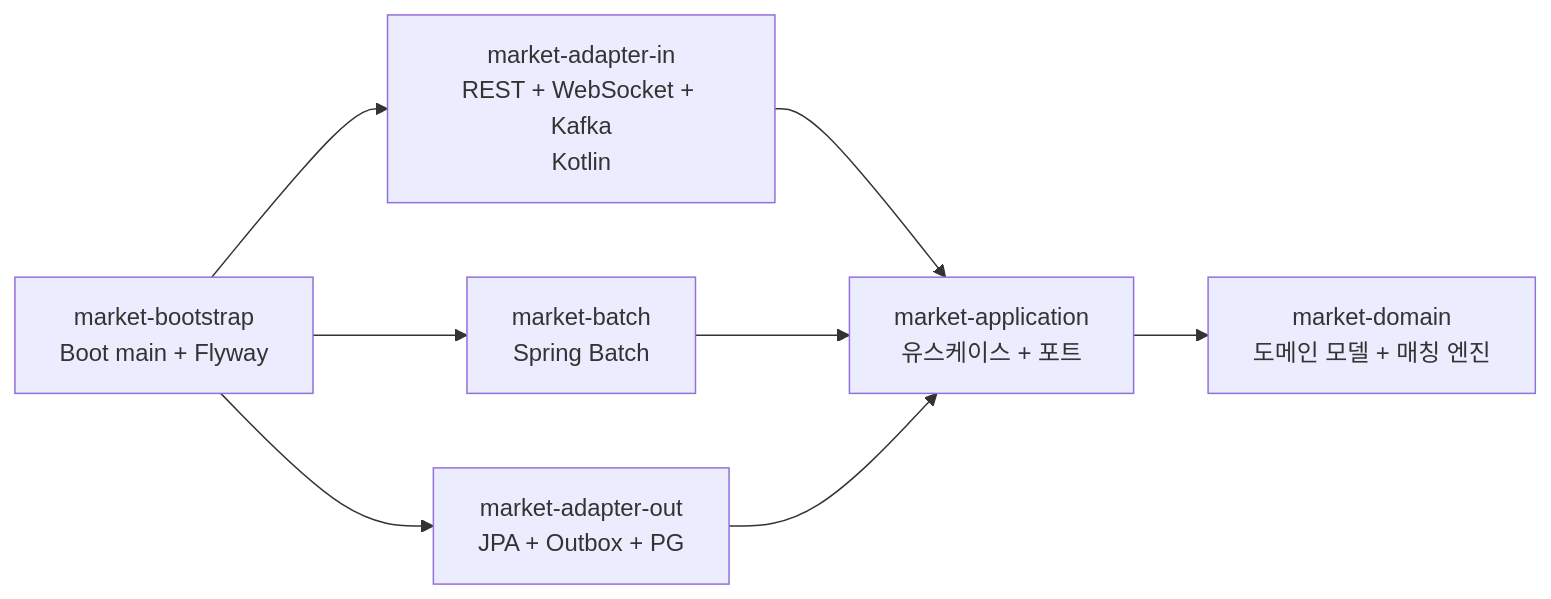
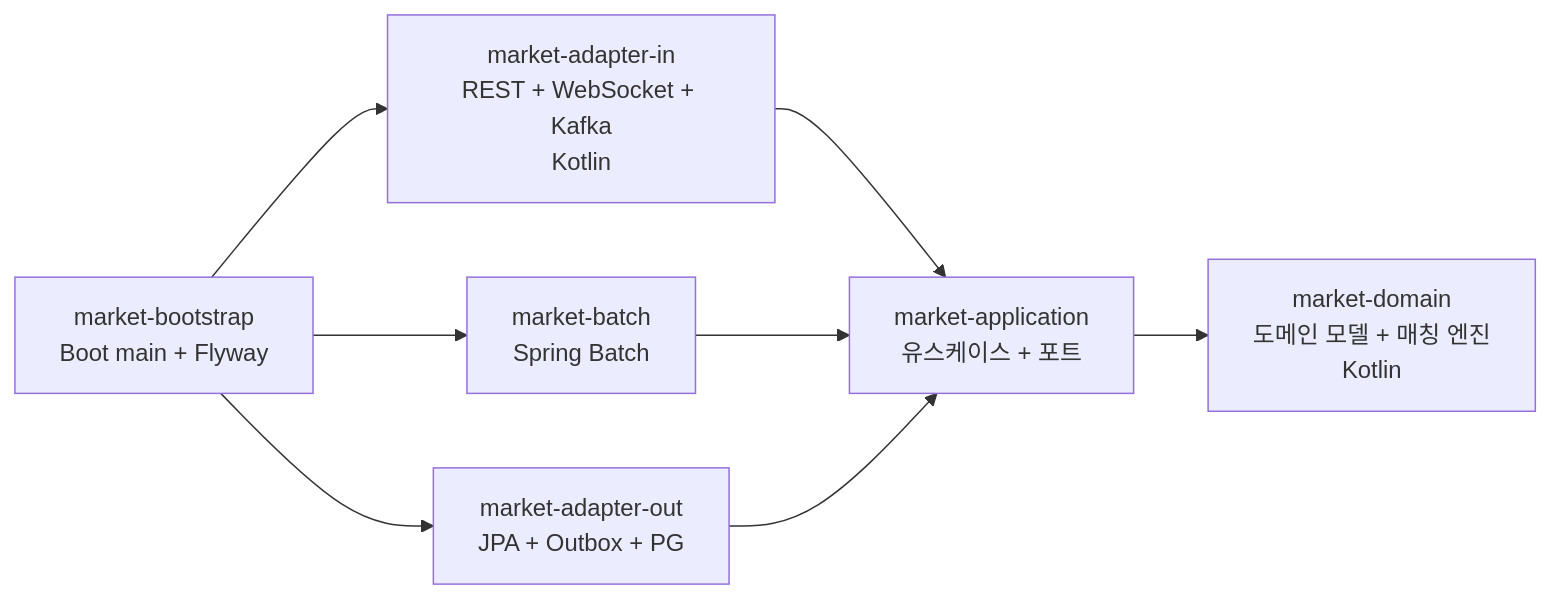
Before and after one commit to ssa1004/bid-ask-marketplace: the second of 3 diagrams in README.md, drawn with Mermaid. The commit also changed other lines of this file, not shown here.

````diff
--- a/README.md
+++ b/README.md
@@ -118,17 +118,17 @@
 ```mermaid
 graph LR
     in[market-adapter-in<br/>REST + WebSocket + Kafka<br/>Kotlin]
     app[market-application<br/>유스케이스 + 포트]
-    domain[market-domain<br/>도메인 모델 + 매칭 엔진]
+    domain[market-domain<br/>도메인 모델 + 매칭 엔진<br/>Kotlin]
     out[market-adapter-out<br/>JPA + Outbox + PG]
     batch[market-batch<br/>Spring Batch]
     boot[market-bootstrap<br/>Boot main + Flyway]
 
     in --> app
     boot --> in
     boot --> out
     boot --> batch
     batch --> app
     out --> app
     app --> domain
 ```
````
